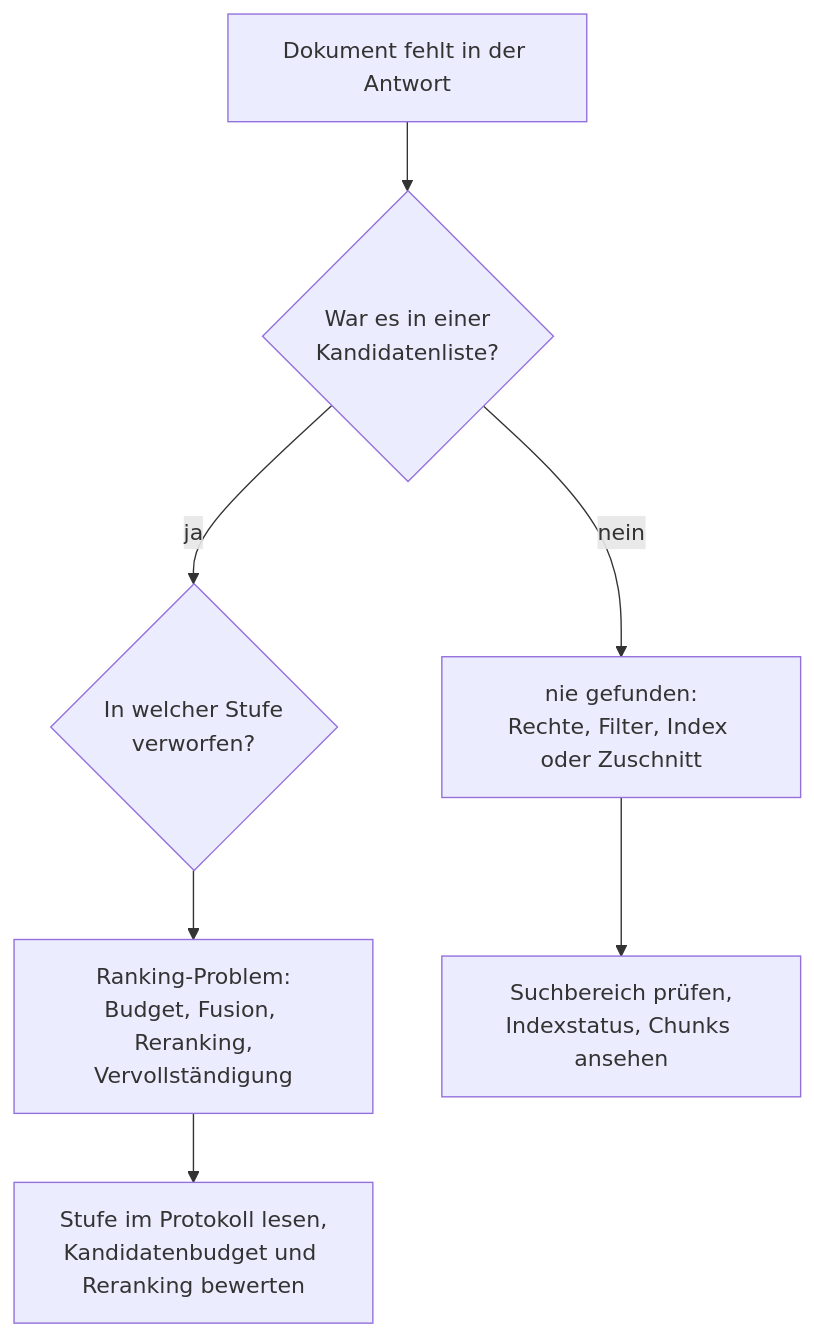
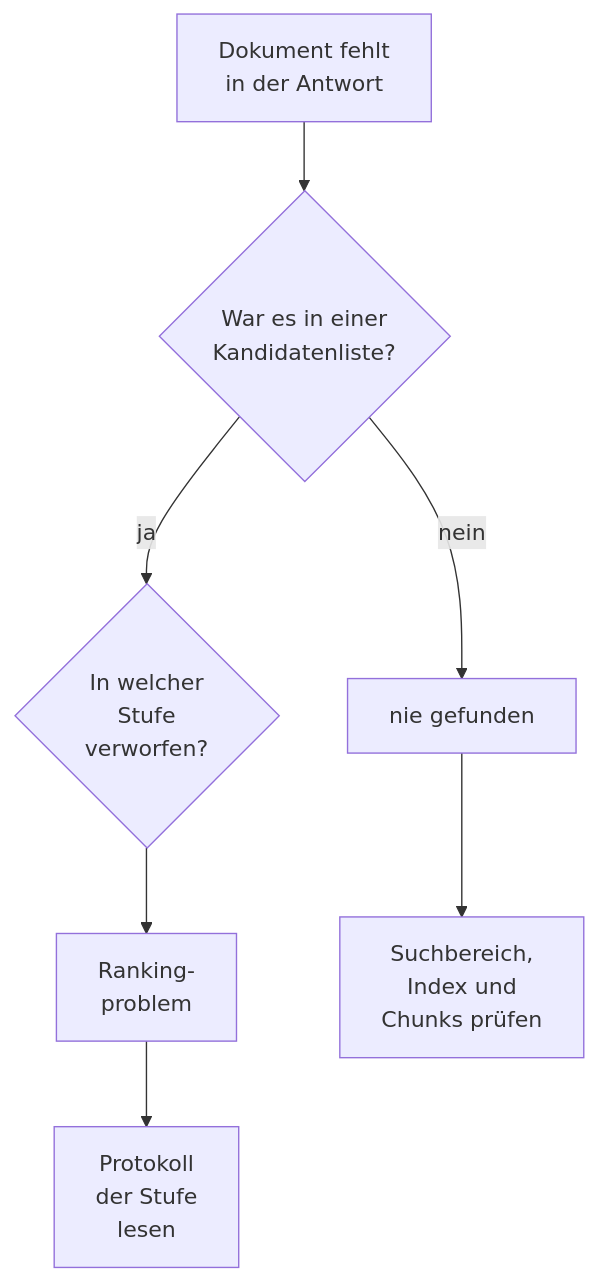
One commit to criew/opaa changed the fourth of 4 diagrams in docs/handbuch/suche.md. Above: the diagram before and after it, drawn with Mermaid. The commit also changed other lines of this file and 11 other files, not shown here.

First line of the commit message:
docs(handbuch): Mermaid-Knoten mit kurzen Zeilen

````diff
--- a/docs/handbuch/suche.md
+++ b/docs/handbuch/suche.md
@@ -837,9 +837,9 @@
 ```mermaid
 flowchart TB
-    Q[Dokument fehlt in der Antwort] --> F{War es in einer<br/>Kandidatenliste?}
-    F -- nein --> N[nie gefunden:<br/>Rechte, Filter, Index oder Zuschnitt]
-    F -- ja --> V{In welcher Stufe<br/>verworfen?}
-    V --> W[Ranking-Problem:<br/>Budget, Fusion, Reranking,<br/>Vervollständigung]
-    N --> N1[Suchbereich prüfen,<br/>Indexstatus, Chunks ansehen]
-    W --> W1[Stufe im Protokoll lesen,<br/>Kandidatenbudget und Reranking bewerten]
+    Q[Dokument fehlt<br/>in der Antwort] --> F{War es in einer<br/>Kandidatenliste?}
+    F -- nein --> N[nie gefunden]
+    F -- ja --> V{In welcher<br/>Stufe<br/>verworfen?}
+    V --> W[Ranking-<br/>problem]
+    N --> N1[Suchbereich,<br/>Index und<br/>Chunks prüfen]
+    W --> W1[Protokoll<br/>der Stufe<br/>lesen]
 ```
````
